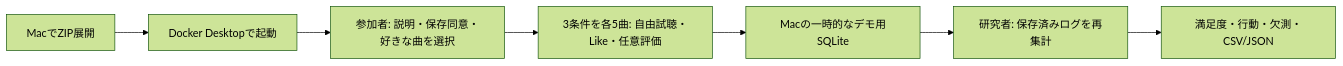
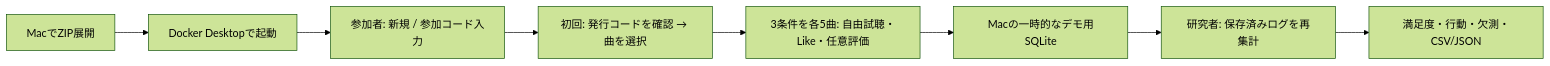
One commit to 97kuek/music-recsys changed the diagram in docs/mac-preview.md. Above: the diagram before and after it, drawn with Mermaid (forest theme). The commit also changed other lines of this file and 48 other files, not shown here.

````diff
--- a/docs/mac-preview.md
+++ b/docs/mac-preview.md
@@ -34,9 +34,10 @@
 ```mermaid
 flowchart LR
     Z[MacでZIP展開] --> D[Docker Desktopで起動]
-    D --> P[参加者: 説明・保存同意・好きな曲を選択]
-    P --> L[3条件を各5曲: 自由試聴・Like・任意評価]
+    D --> P[参加者: 新規 / 参加コード入力]
+    P --> C[初回: 発行コードを確認 → 曲を選択]
+    C --> L[3条件を各5曲: 自由試聴・Like・任意評価]
     L --> S[Macの一時的なデモ用SQLite]
     S --> R[研究者: 保存済みログを再集計]
     R --> E[満足度・行動・欠測・CSV/JSON]
 ```
````
